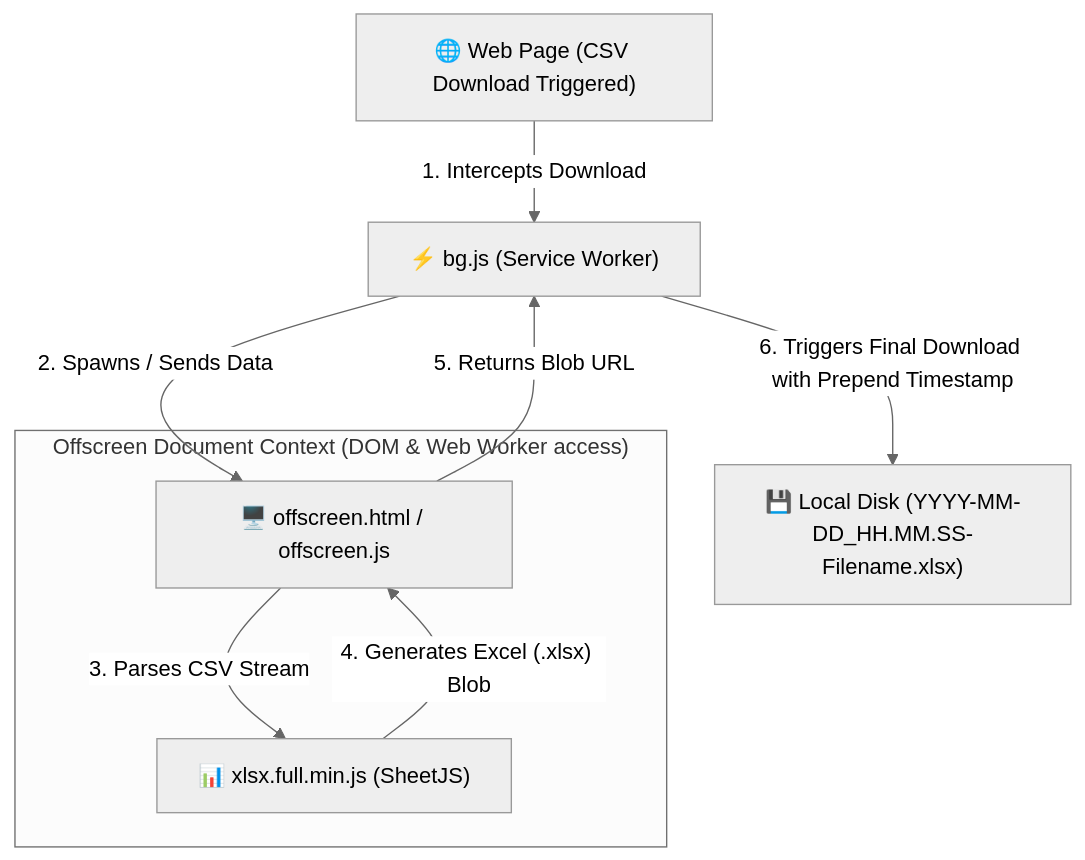
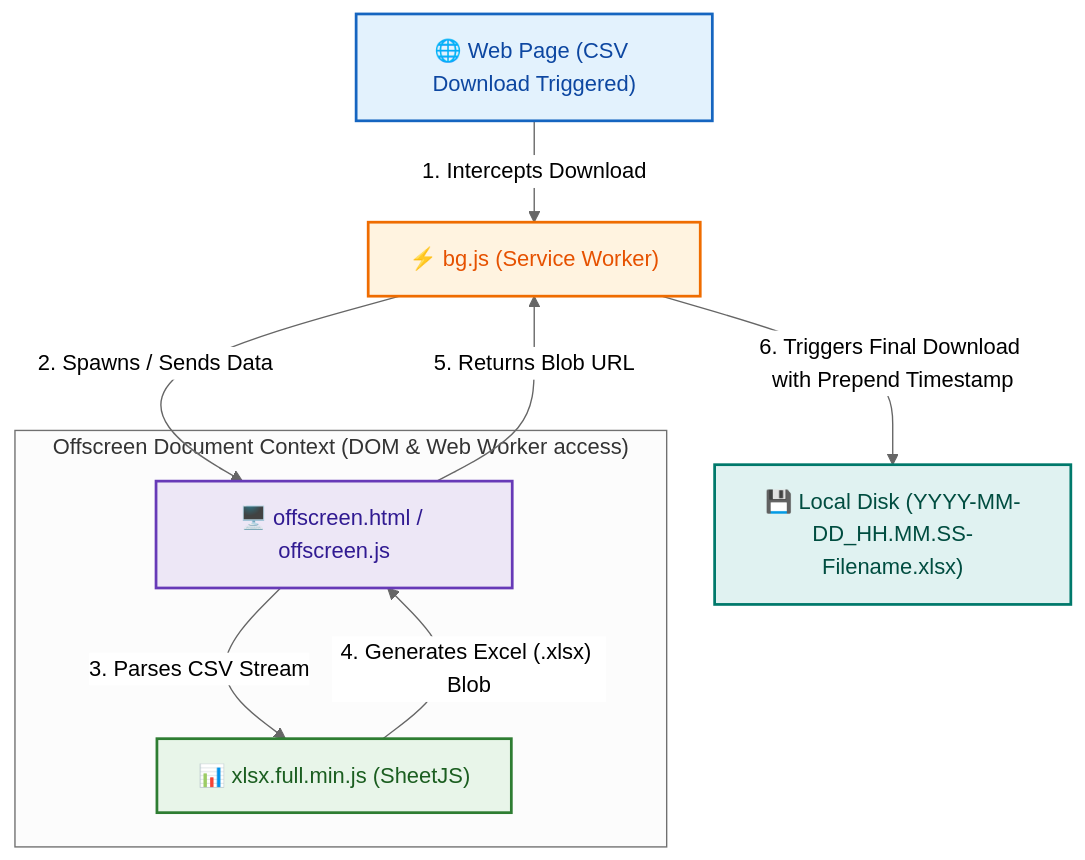
Before and after one commit to alammahbub/csvtoexcelwithdate: the diagram in README.md, drawn with Mermaid (neutral theme). The commit also changed other lines of this file and 3 other files, not shown here.

Commit message:
docs: style Mermaid flow with premium colors and stop tracking packaging assets (.crx, .pem)

````diff
--- a/README.md
+++ b/README.md
@@ -25,11 +25,18 @@
 ```mermaid
 graph TD
     A["🌐 Web Page (CSV Download Triggered)"] -->|"1. Intercepts Download"| B["⚡ bg.js (Service Worker)"]
     B -->|"2. Spawns / Sends Data"| C["🖥️ offscreen.html / offscreen.js"]
     subgraph "Offscreen Document Context (DOM & Web Worker access)"
         C -->|"3. Parses CSV Stream"| D["📊 xlsx.full.min.js (SheetJS)"]
         D -->|"4. Generates Excel (.xlsx) Blob"| C
     end
     C -->|"5. Returns Blob URL"| B
     B -->|"6. Triggers Final Download with Prepend Timestamp"| E["💾 Local Disk (YYYY-MM-DD_HH.MM.SS-Filename.xlsx)"]
+
+    %% Premium Color Styles
+    style A fill:#E3F2FD,stroke:#1565C0,stroke-width:2px,color:#0D47A1
+    style B fill:#FFF3E0,stroke:#EF6C00,stroke-width:2px,color:#E65100
+    style C fill:#EDE7F6,stroke:#673AB7,stroke-width:2px,color:#311B92
+    style D fill:#E8F5E9,stroke:#2E7D32,stroke-width:2px,color:#1B5E20
+    style E fill:#E0F2F1,stroke:#00796B,stroke-width:2px,color:#004D40
 ```
````
